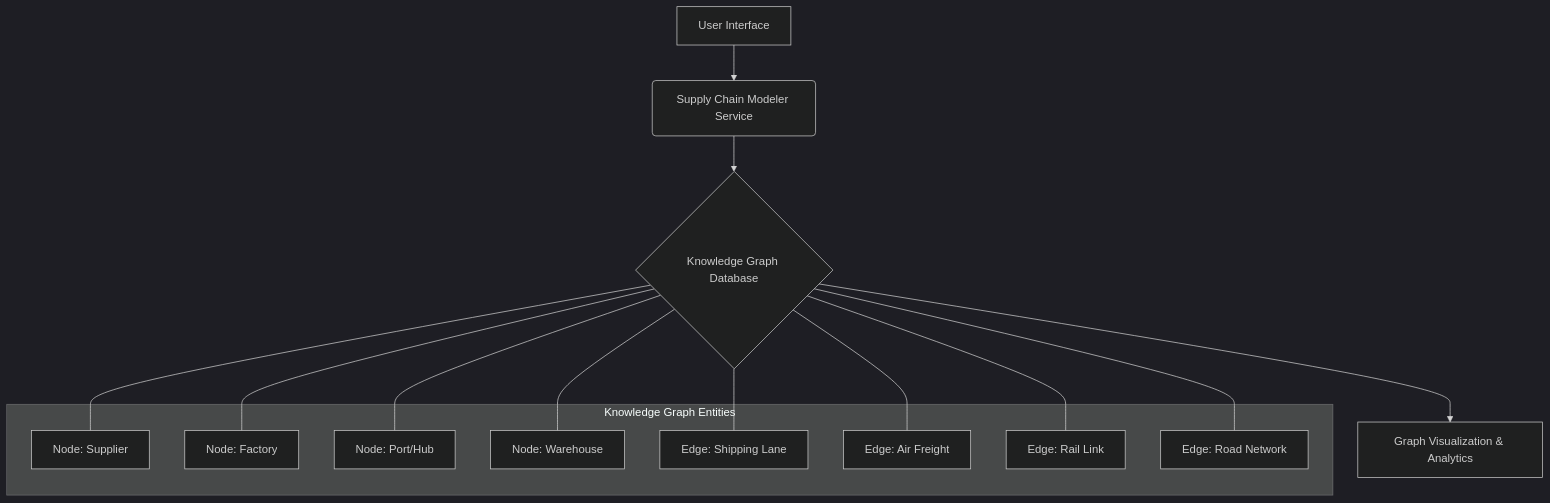
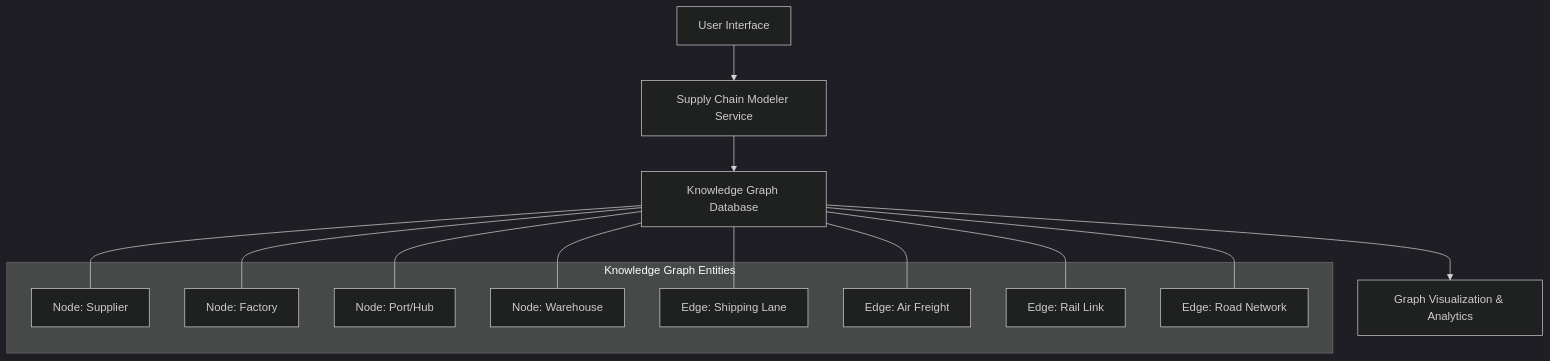
One commit to diplomat-bit/Citibank_Demo_Business_Inc_Demonstration- changed the first of 3 diagrams in inventions/024_predictive_supply_chain_disruption.md. Above: the diagram before and after it, drawn with Mermaid (dark theme). The commit also changed other lines of this file, not shown here.

Commit message:
[AI] Edit: inventions/024_predictive_supply_chain_disruption.md

````diff
--- a/inventions/024_predictive_supply_chain_disruption.md
+++ b/inventions/024_predictive_supply_chain_disruption.md
@@ -80,24 +78,24 @@
 ```mermaid
 graph TD
-    A[User Interface] --> B(Supply Chain Modeler Service)
-    B --> C{Knowledge Graph Database}
+    A[User Interface] --> B[Supply Chain Modeler Service]
+    B --> C[Knowledge Graph Database]
     C --> D[Graph Visualization & Analytics]
     subgraph Knowledge Graph Entities
         N1[Node: Supplier]
         N2[Node: Factory]
         N3[Node: Port/Hub]
         N4[Node: Warehouse]
         E1[Edge: Shipping Lane]
         E2[Edge: Air Freight]
         E3[Edge: Rail Link]
         E4[Edge: Road Network]
     end
     C --- N1
     C --- N2
     C --- N3
     C --- N4
     C --- E1
     C --- E2
     C --- E3
     C --- E4
 ```
````
